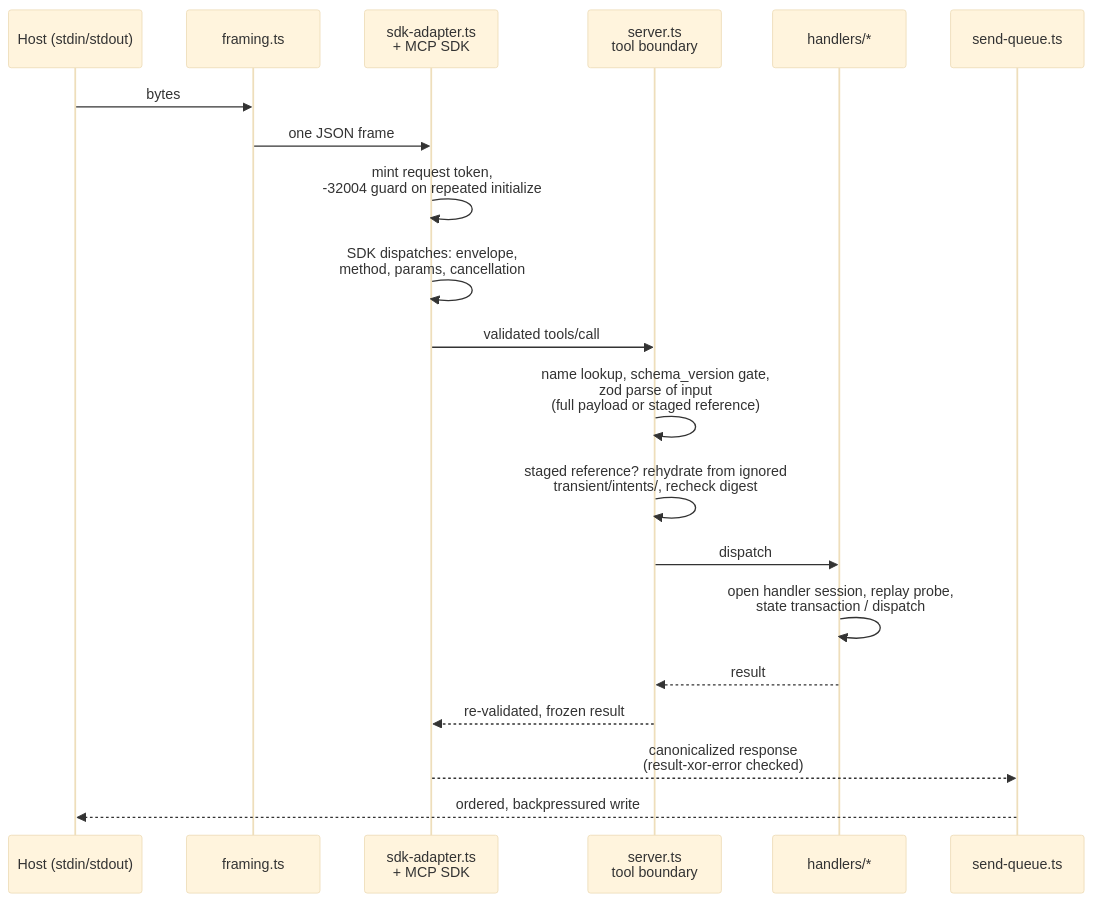
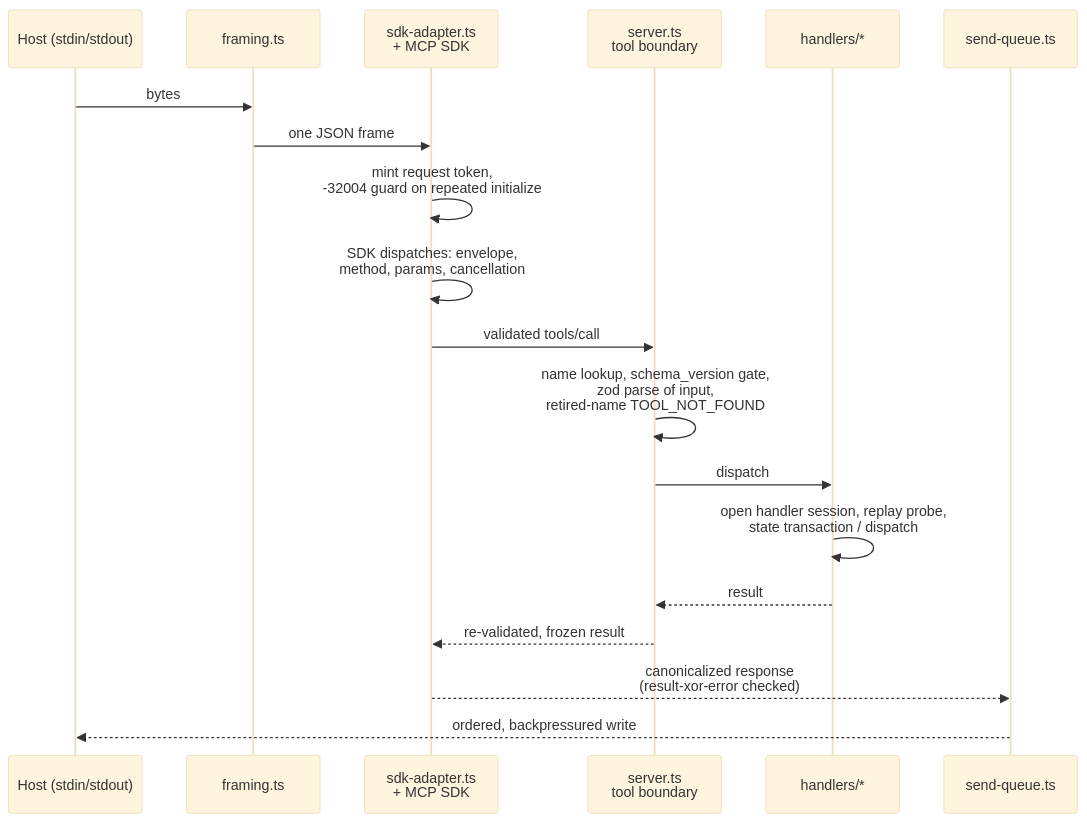
Before and after one commit to Aroton/ArchflowV2: the diagram in docs/mcp/SERVER.md, drawn with Mermaid (base theme). The commit also changed other lines of this file and 181 other files, not shown here.

````diff
--- a/docs/mcp/SERVER.md
+++ b/docs/mcp/SERVER.md
@@ -32,23 +38,22 @@
 ```mermaid
 sequenceDiagram
     participant H as Host (stdin/stdout)
     participant F as framing.ts
     participant A as sdk-adapter.ts<br/>+ MCP SDK
     participant B as server.ts<br/>tool boundary
     participant HD as handlers/*
     participant Q as send-queue.ts
 
     H->>F: bytes
     F->>A: one JSON frame
     A->>A: mint request token,<br/>-32004 guard on repeated initialize
     A->>A: SDK dispatches: envelope,<br/>method, params, cancellation
     A->>B: validated tools/call
-    B->>B: name lookup, schema_version gate,<br/>zod parse of input<br/>(full payload or staged reference)
-    B->>B: staged reference? rehydrate from ignored<br/>transient/intents/, recheck digest
+    B->>B: name lookup, schema_version gate,<br/>zod parse of input,<br/>retired-name TOOL_NOT_FOUND
     B->>HD: dispatch
     HD->>HD: open handler session, replay probe,<br/>state transaction / dispatch
     HD-->>B: result
     B-->>A: re-validated, frozen result
     A-->>Q: canonicalized response<br/>(result-xor-error checked)
     Q-->>H: ordered, backpressured write
 ```
````
